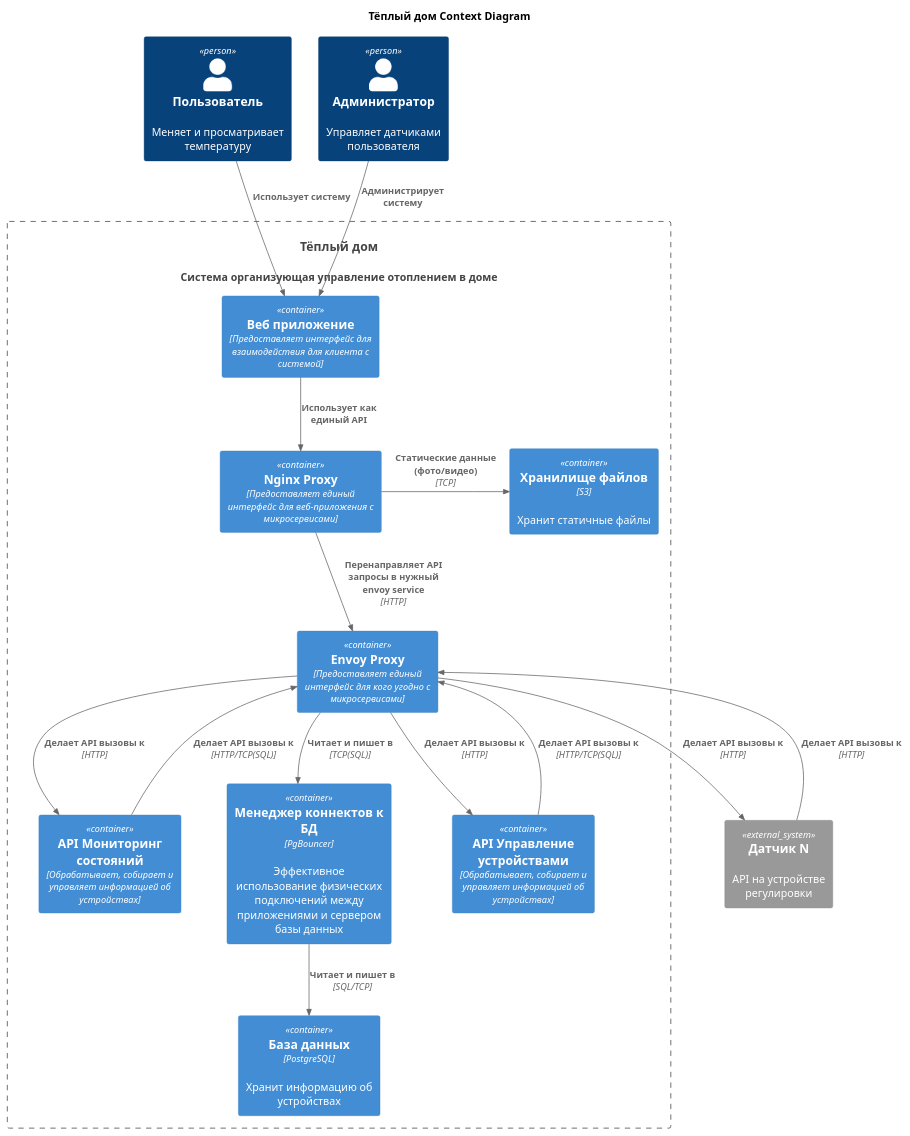
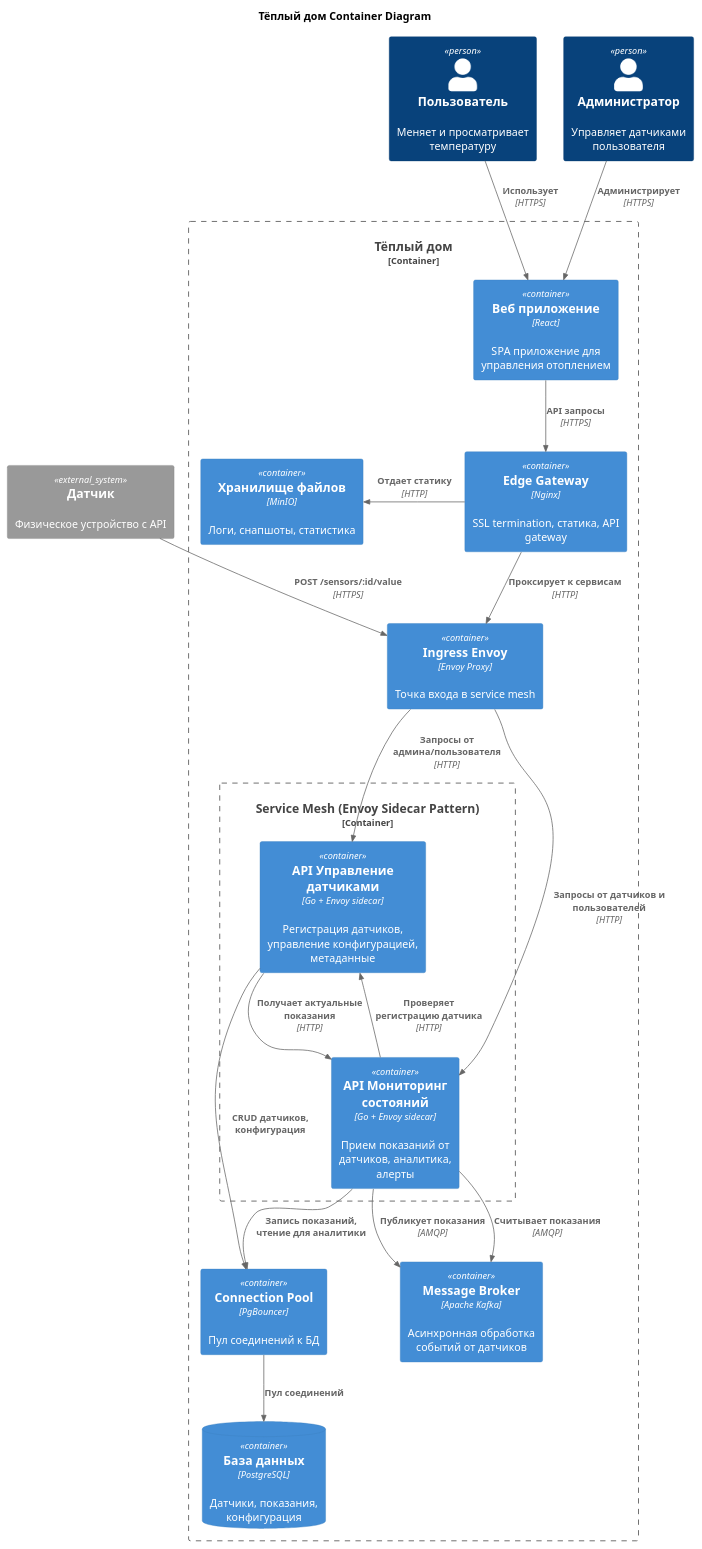
One commit to egorgasay/architecture-pro-warmhouse changed the second of 2 diagrams in README.md. Above: the diagram before and after it, drawn with PlantUML.

Commit message:
TASK-2: version for k8s

````diff
--- a/README.md
+++ b/README.md
@@ -100,46 +100,61 @@
 ```plantuml
 @startuml
 
-title Тёплый дом Context Diagram
+title Тёплый дом Container Diagram
 
 top to bottom direction
 
-!includeurl https://raw.githubusercontent.com/RicardoNiepel/C4-PlantUML/master/C4_Component.puml
+!includeurl https://raw.githubusercontent.com/RicardoNiepel/C4-PlantUML/master/C4_Container.puml
 
 Person(user, "Пользователь", "Меняет и просматривает температуру")
 Person(admin, "Администратор", "Управляет датчиками пользователя")
 
-System(WarmHouse, "Тёплый дом", "Система организующая управление отоплением в доме")
-
-Container_Boundary(WarmHouse, "Тёплый дом") {
-	Container(WebApp, "Веб приложение", "Предоставляет интерфейс для взаимодействия для клиента с системой")
-	Container(NginxProxy, "Nginx Proxy", "Предоставляет единый интерфейс для веб-приложения с микросервисами")
-	Container(EnvoyProxy, "Envoy Proxy", "Предоставляет единый интерфейс для кого угодно с микросервисами")
-	Container(SensorsAPI, "API Управление устройствами", "Обрабатывает, собирает и управляет информацией об устройствах")
-	Container(StateMonitoringAPI, "API Мониторинг состояний", "Обрабатывает, собирает и управляет информацией об устройствах")
-	Container(PgBouncer, "Менеджер коннектов к БД", "PgBouncer", "Эффективное использование физических подключений между приложениями и сервером базы данных")
-	Container(Database, "База данных", "PostgreSQL", "Хранит информацию об устройствах")
-	Container(S3, "Хранилище файлов", "S3", "Хранит статичные файлы")
+Container_Boundary(WarmHouseSystem, "Тёплый дом") {
+	Container(WebApp, "Веб приложение", "React", "SPA приложение для управления отоплением")
+	Container(NginxProxy, "Edge Gateway", "Nginx", "SSL termination, статика, API gateway")
+	Container(IngressEnvoy, "Ingress Envoy", "Envoy Proxy", "Точка входа в service mesh")
+	
+	Container_Boundary(ServiceMesh, "Service Mesh (Envoy Sidecar Pattern)") {
+		Container(SensorsAPI, "API Управление датчиками", "Go + Envoy sidecar", "Регистрация датчиков, управление конфигурацией, метаданные")
+		Container(StateMonitoringAPI, "API Мониторинг состояний", "Go + Envoy sidecar", "Прием показаний от датчиков, аналитика, алерты")
+	}
+	
+	Container(PgBouncer, "Connection Pool", "PgBouncer", "Пул соединений к БД")
+	ContainerDb(Database, "База данных", "PostgreSQL", "Датчики, показания, конфигурация")
+	Container(S3, "Хранилище файлов", "MinIO", "Логи, снапшоты, статистика")
+	Container(MessageBroker, "Message Broker", "Apache Kafka", "Асинхронная обработка событий от датчиков")
 }
 
-System_Ext(sensorN, "Датчик N", "API на устройстве регулировки")
+System_Ext(sensorDevice, "Датчик", "Физическое устройство с API")
 
-Rel(user, WebApp, "Использует систему")
-Rel(admin, WebApp, "Администрирует систему")
-Rel(WebApp, NginxProxy, "Использует как единый API")
-Rel(NginxProxy, EnvoyProxy, "Перенаправляет API запросы в нужный envoy service", "HTTP")
-Rel_R(NginxProxy, S3, "Статические данные (фото/видео)", "TCP")
+' Пользователи
+Rel(user, WebApp, "Использует", "HTTPS")
+Rel(admin, WebApp, "Администрирует", "HTTPS")
 
-Rel_R(EnvoyProxy, StateMonitoringAPI, "Делает API вызовы к", "HTTP")
-Rel(EnvoyProxy, SensorsAPI, "Делает API вызовы к", "HTTP")
-Rel(EnvoyProxy, PgBouncer, "Читает и пишет в", "TCP(SQL)")
-Rel(EnvoyProxy, sensorN, "Делает API вызовы к", "HTTP")
+' Nginx
+Rel(WebApp, NginxProxy, "API запросы", "HTTPS")
+Rel(NginxProxy, IngressEnvoy, "Проксирует к сервисам", "HTTP")
+Rel_L(NginxProxy, S3, "Отдает статику", "HTTP")
 
-Rel(SensorsAPI, EnvoyProxy, "Делает API вызовы к", "HTTP/TCP(SQL)")
-Rel(StateMonitoringAPI, EnvoyProxy, "Делает API вызовы к", "HTTP/TCP(SQL)")
-Rel(sensorN, EnvoyProxy, "Делает API вызовы к", "HTTP")
+' Envoy
+Rel(IngressEnvoy, SensorsAPI, "Запросы от админа/пользователя", "HTTP")
+Rel(IngressEnvoy, StateMonitoringAPI, "Запросы от датчиков и пользователей", "HTTP")
 
-Rel(PgBouncer, Database, "Читает и пишет в", "SQL/TCP")
+' S2S через sidecar Envoy
+Rel(SensorsAPI, StateMonitoringAPI, "Получает актуальные показания", "HTTP")
+Rel(StateMonitoringAPI, SensorsAPI, "Проверяет регистрацию датчика", "HTTP")
+
+' Брокер
+Rel(StateMonitoringAPI, MessageBroker, "Публикует показания", "AMQP")
+Rel(StateMonitoringAPI, MessageBroker, "Считывает показания", "AMQP")
+
+' Database
+Rel(SensorsAPI, PgBouncer, "CRUD датчиков, конфигурация")
+Rel(StateMonitoringAPI, PgBouncer, "Запись показаний, чтение для аналитики")
+Rel(PgBouncer, Database, "Пул соединений")
+
+' Обновление данных датчиков
+Rel(sensorDevice, IngressEnvoy, "POST /sensors/:id/value", "HTTPS")
 
 @enduml
 ```
````
